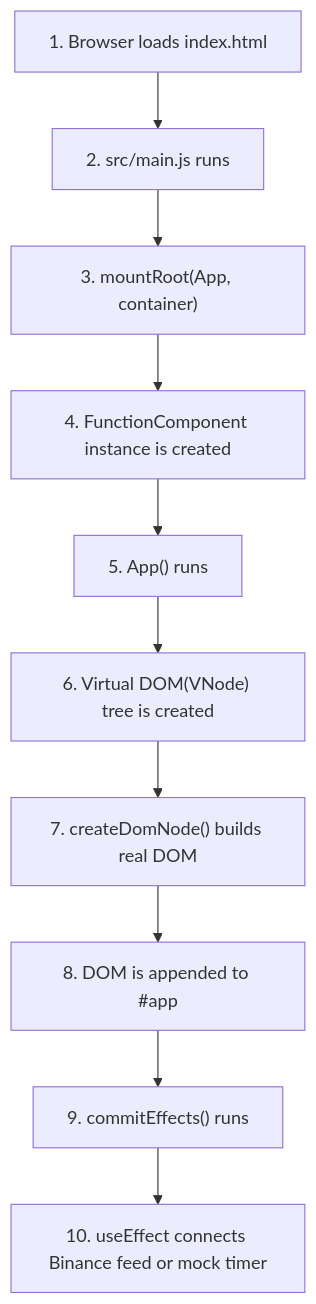
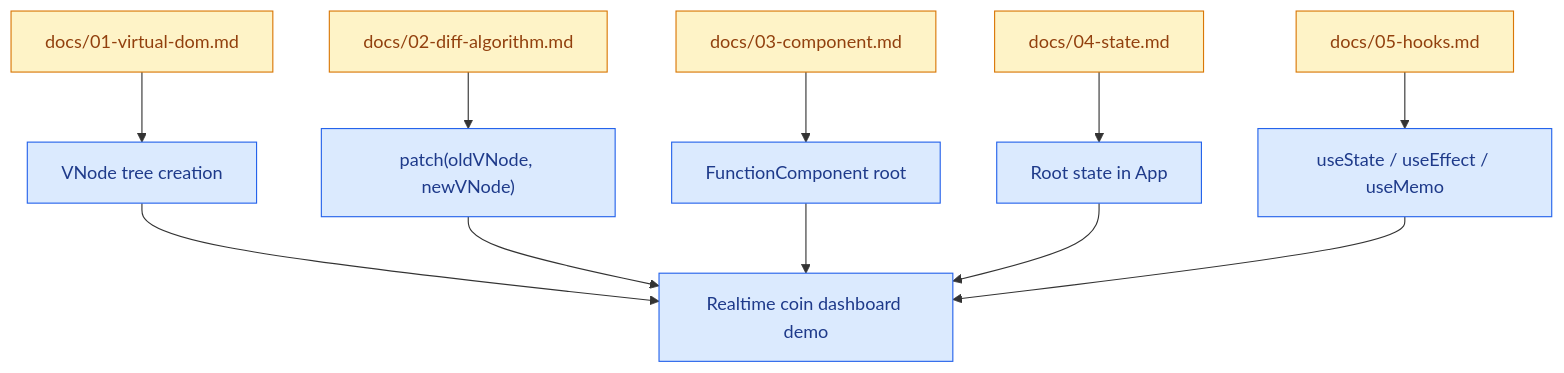
One commit to Jungle-12-303/week5-team6-react2 changed the first of 3 diagrams in README.md. Above: the diagram before and after it, drawn with Mermaid. The commit also changed other lines of this file, not shown here.

Commit message:
docs: reorganize readme around learning flow

````diff
--- a/README.md
+++ b/README.md
@@ -29,12 +50,18 @@
 ```mermaid
 flowchart TD
-    A["1. Browser loads index.html"] --> B["2. src/main.js runs"]
-    B --> C["3. mountRoot(App, container)"]
-    C --> D["4. FunctionComponent instance is created"]
-    D --> E["5. App() runs"]
-    E --> F["6. Virtual DOM(VNode) tree is created"]
-    F --> G["7. createDomNode() builds real DOM"]
-    G --> H["8. DOM is appended to #app"]
-    H --> I["9. commitEffects() runs"]
-    I --> J["10. useEffect connects Binance feed or mock timer"]
+    A["docs/01-virtual-dom.md"] --> B["VNode tree creation"]
+    C["docs/02-diff-algorithm.md"] --> D["patch(oldVNode, newVNode)"]
+    E["docs/03-component.md"] --> F["FunctionComponent root"]
+    G["docs/04-state.md"] --> H["Root state in App"]
+    I["docs/05-hooks.md"] --> J["useState / useEffect / useMemo"]
+    B --> K["Realtime coin dashboard demo"]
+    D --> K
+    F --> K
+    H --> K
+    J --> K
+
+    classDef doc fill:#fef3c7,stroke:#d97706,color:#92400e;
+    classDef custom fill:#dbeafe,stroke:#2563eb,color:#1e3a8a;
+    class A,C,E,G,I doc;
+    class B,D,F,H,J,K custom;
 ```
````
